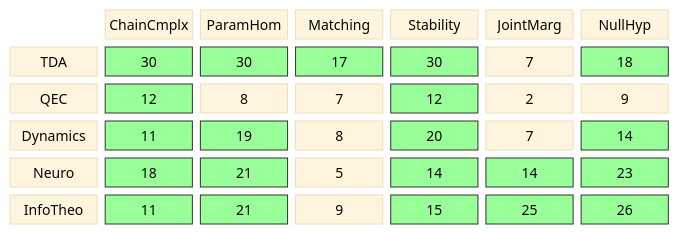
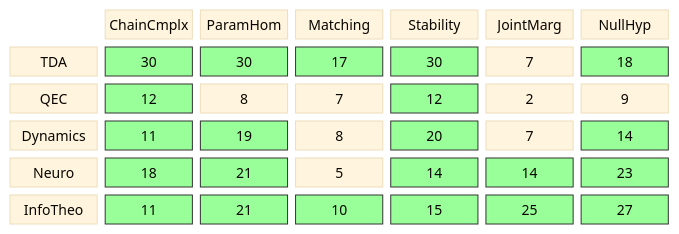
One commit to musicofhel/topoyolo changed the diagram in diagrams/coverage-matrix.md. Above: the diagram before and after it, drawn with Mermaid. The commit also changed other lines of this file and 9 other files, not shown here.

````diff
--- a/diagrams/coverage-matrix.md
+++ b/diagrams/coverage-matrix.md
@@ -21,34 +21,35 @@
 ```mermaid
 %%{init: {'theme': 'base', 'themeVariables': {'fontSize': '14px'}}}%%
 block-beta
   columns 7
 
   space:1 CC["ChainCmplx"] PH["ParamHom"] MA["Matching"] ST["Stability"] JM["JointMarg"] NH["NullHyp"]
 
   TDA["TDA"] TDA_CC["30"] TDA_PH["30"] TDA_MA["17"] TDA_ST["30"] TDA_JM["7"] TDA_NH["18"]
   QEC["QEC"] QEC_CC["12"] QEC_PH["8"] QEC_MA["7"] QEC_ST["12"] QEC_JM["2"] QEC_NH["9"]
   DYN["Dynamics"] DYN_CC["11"] DYN_PH["19"] DYN_MA["8"] DYN_ST["20"] DYN_JM["7"] DYN_NH["14"]
   NEU["Neuro"] NEU_CC["18"] NEU_PH["21"] NEU_MA["5"] NEU_ST["14"] NEU_JM["14"] NEU_NH["23"]
-  IT["InfoTheo"] IT_CC["11"] IT_PH["21"] IT_MA["9"] IT_ST["15"] IT_JM["25"] IT_NH["26"]
+  IT["InfoTheo"] IT_CC["11"] IT_PH["21"] IT_MA["10"] IT_ST["15"] IT_JM["25"] IT_NH["27"]
   style TDA_CC fill:#9f9,stroke:#333
   style TDA_PH fill:#9f9,stroke:#333
   style TDA_MA fill:#9f9,stroke:#333
   style TDA_ST fill:#9f9,stroke:#333
   style TDA_NH fill:#9f9,stroke:#333
   style QEC_CC fill:#9f9,stroke:#333
   style QEC_ST fill:#9f9,stroke:#333
   style DYN_CC fill:#9f9,stroke:#333
   style DYN_PH fill:#9f9,stroke:#333
   style DYN_ST fill:#9f9,stroke:#333
   style DYN_NH fill:#9f9,stroke:#333
   style NEU_CC fill:#9f9,stroke:#333
   style NEU_PH fill:#9f9,stroke:#333
   style NEU_ST fill:#9f9,stroke:#333
   style NEU_JM fill:#9f9,stroke:#333
   style NEU_NH fill:#9f9,stroke:#333
   style IT_CC fill:#9f9,stroke:#333
   style IT_PH fill:#9f9,stroke:#333
+  style IT_MA fill:#9f9,stroke:#333
   style IT_ST fill:#9f9,stroke:#333
   style IT_JM fill:#9f9,stroke:#333
   style IT_NH fill:#9f9,stroke:#333
 ```
````
